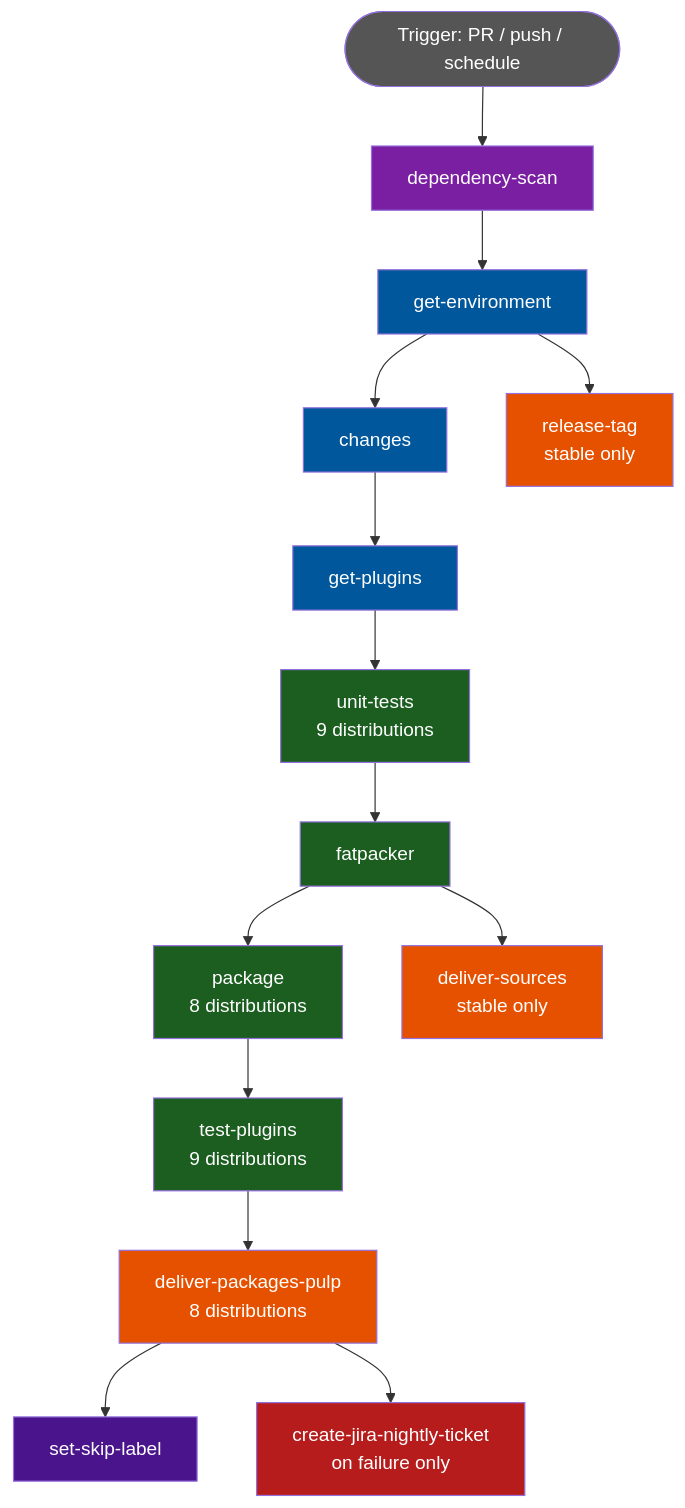
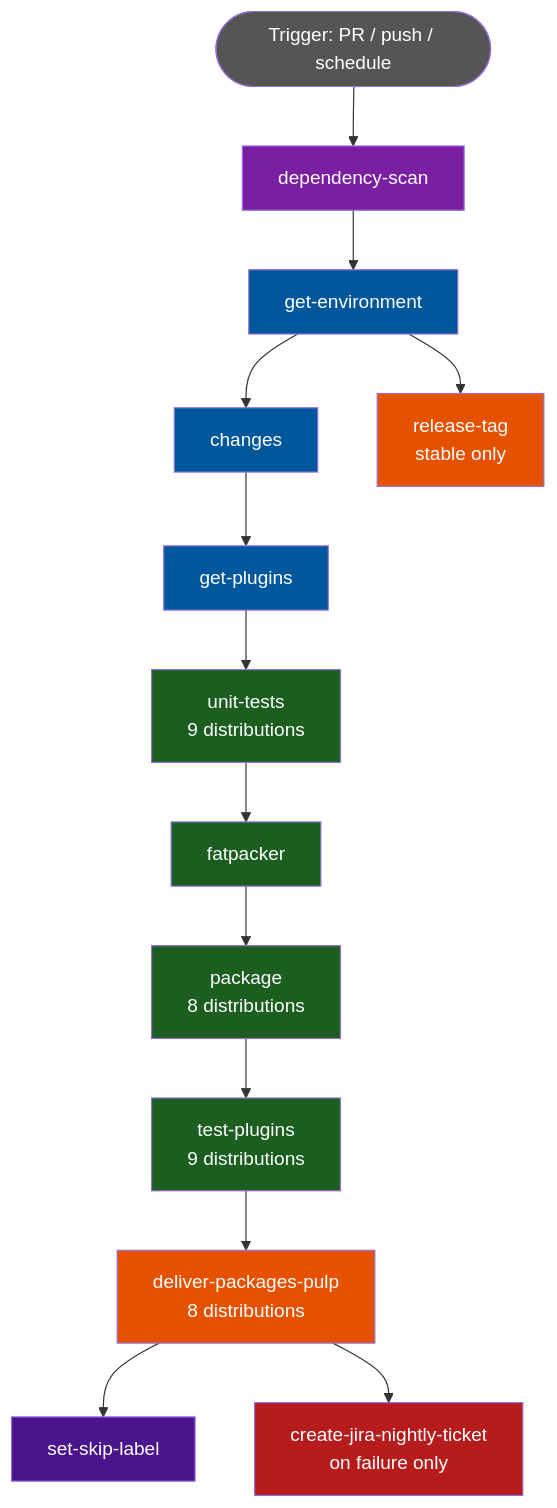
Before and after one commit to centreon/centreon-plugins: the first of 7 diagrams in doc/en/developer/plugins-ci.md, drawn with Mermaid. The commit also changed other lines of this file and 3 other files, not shown here.

First line of the commit message:
chore(ci): remove plugins deliver-sources job

````diff
--- a/doc/en/developer/plugins-ci.md
+++ b/doc/en/developer/plugins-ci.md
@@ -7,34 +7,32 @@
 ```mermaid
 flowchart TD
     TRIGGER([Trigger: PR / push / schedule]) --> DEP[dependency-scan]
     DEP --> ENV[get-environment]
     ENV --> CHG[changes]
     CHG --> GETPLUGINS[get-plugins]
 
     GETPLUGINS --> UT[unit-tests\n9 distributions]
     UT --> FP[fatpacker]
     FP --> PKG[package\n8 distributions]
     PKG --> TP[test-plugins\n9 distributions]
     TP --> DP[deliver-packages-pulp\n8 distributions]
     DP --> SKIP[set-skip-label]
 
-    FP --> DS[deliver-sources\nstable only]
     ENV --> RT[release-tag\nstable only]
 
     DP --> JIRA[create-jira-nightly-ticket\non failure only]
 
     style TRIGGER fill:#555,color:#fff
     style DEP fill:#7b1fa2,color:#fff
     style ENV fill:#01579b,color:#fff
     style CHG fill:#01579b,color:#fff
     style GETPLUGINS fill:#01579b,color:#fff
     style UT fill:#1b5e20,color:#fff
     style FP fill:#1b5e20,color:#fff
     style PKG fill:#1b5e20,color:#fff
     style TP fill:#1b5e20,color:#fff
     style DP fill:#e65100,color:#fff
-    style DS fill:#e65100,color:#fff
     style RT fill:#e65100,color:#fff
     style SKIP fill:#4a148c,color:#fff
     style JIRA fill:#b71c1c,color:#fff
 ```
````
